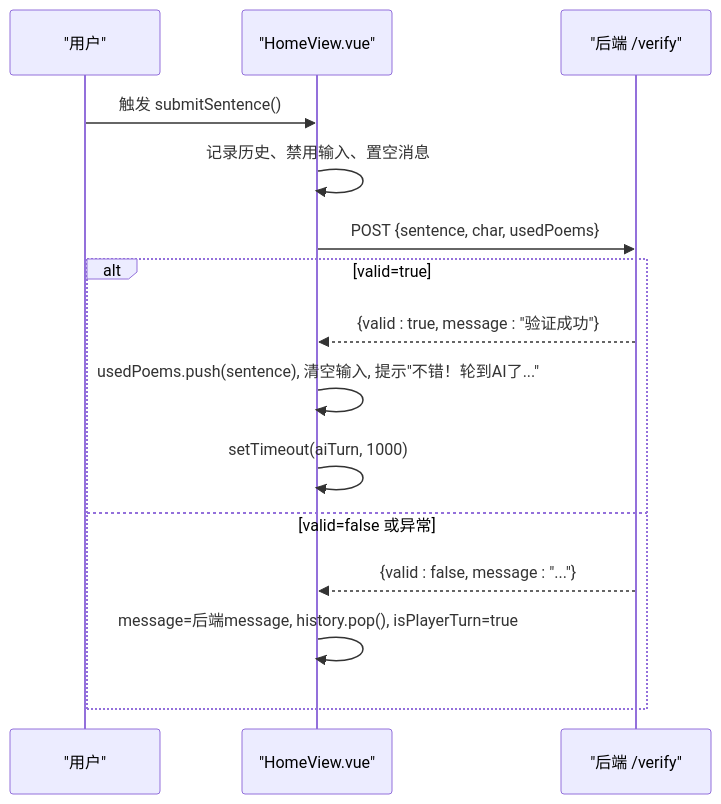
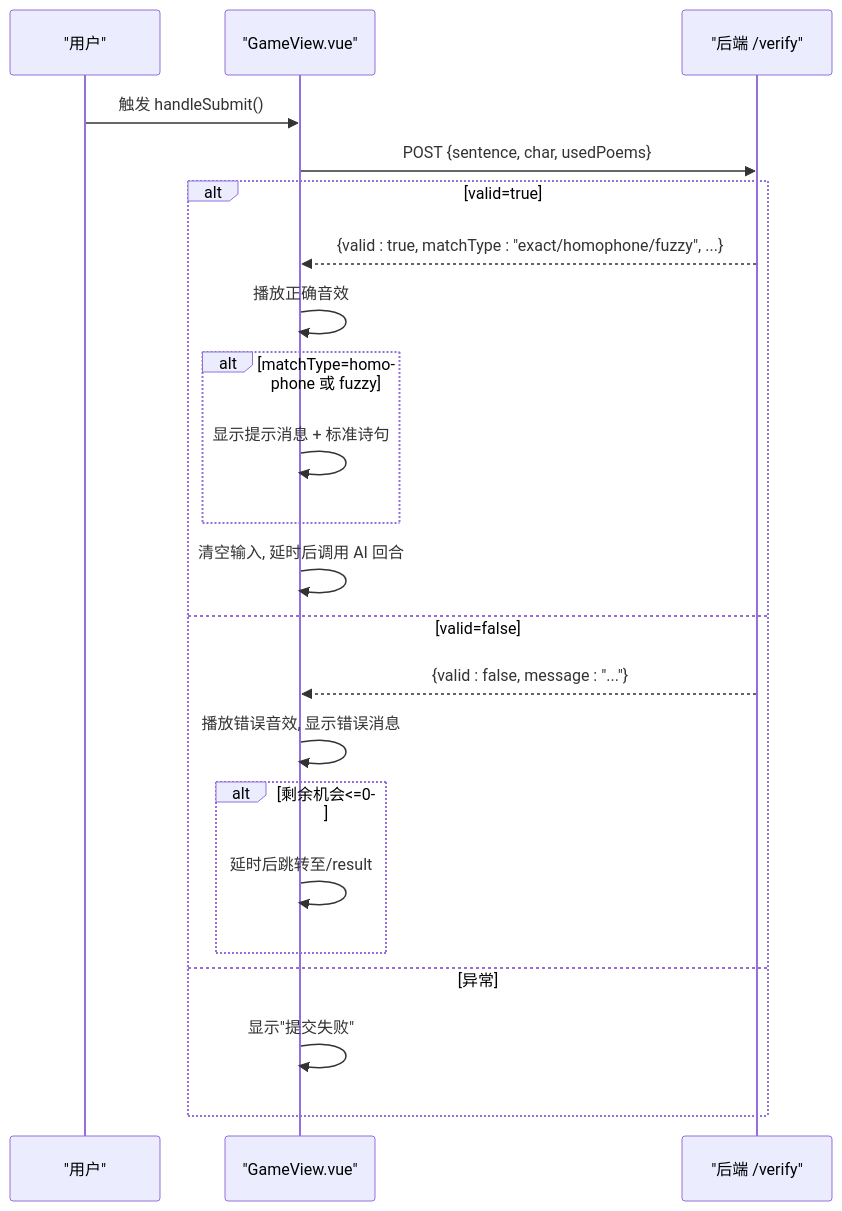
The fourth of 6 diagrams in .qoder/repowiki/zh/content/核心功能设计/用户诗句验证机制.md (iazrael/feihua-ling), drawn with Mermaid before and after one commit. The commit also changed other lines of this file and 23 other files, not shown here.

````diff
--- a/.qoder/repowiki/zh/content/核心功能设计/用户诗句验证机制.md
+++ b/.qoder/repowiki/zh/content/核心功能设计/用户诗句验证机制.md
@@ -157,17 +187,24 @@
 ```mermaid
 sequenceDiagram
 participant U as "用户"
-participant V as "HomeView.vue"
+participant V as "GameView.vue"
 participant B as "后端 /verify"
-U->>V : 触发 submitSentence()
-V->>V : 记录历史、禁用输入、置空消息
+U->>V : 触发 handleSubmit()
 V->>B : POST {sentence, char, usedPoems}
 alt valid=true
-B-->>V : {valid : true, message : "验证成功"}
-V->>V : usedPoems.push(sentence), 清空输入, 提示"不错！轮到AI了..."
-V->>V : setTimeout(aiTurn, 1000)
-else valid=false 或异常
+B-->>V : {valid : true, matchType : "exact/homophone/fuzzy", ...}
+V->>V : 播放正确音效
+alt matchType=homophone 或 fuzzy
+V->>V : 显示提示消息 + 标准诗句
+end
+V->>V : 清空输入, 延时后调用 AI 回合
+else valid=false
 B-->>V : {valid : false, message : "..."}
-V->>V : message=后端message, history.pop(), isPlayerTurn=true
+V->>V : 播放错误音效, 显示错误消息
+alt 剩余机会<=0
+V->>V : 延时后跳转至/result
+end
+else 异常
+V->>V : 显示"提交失败"
 end
 ```
````
